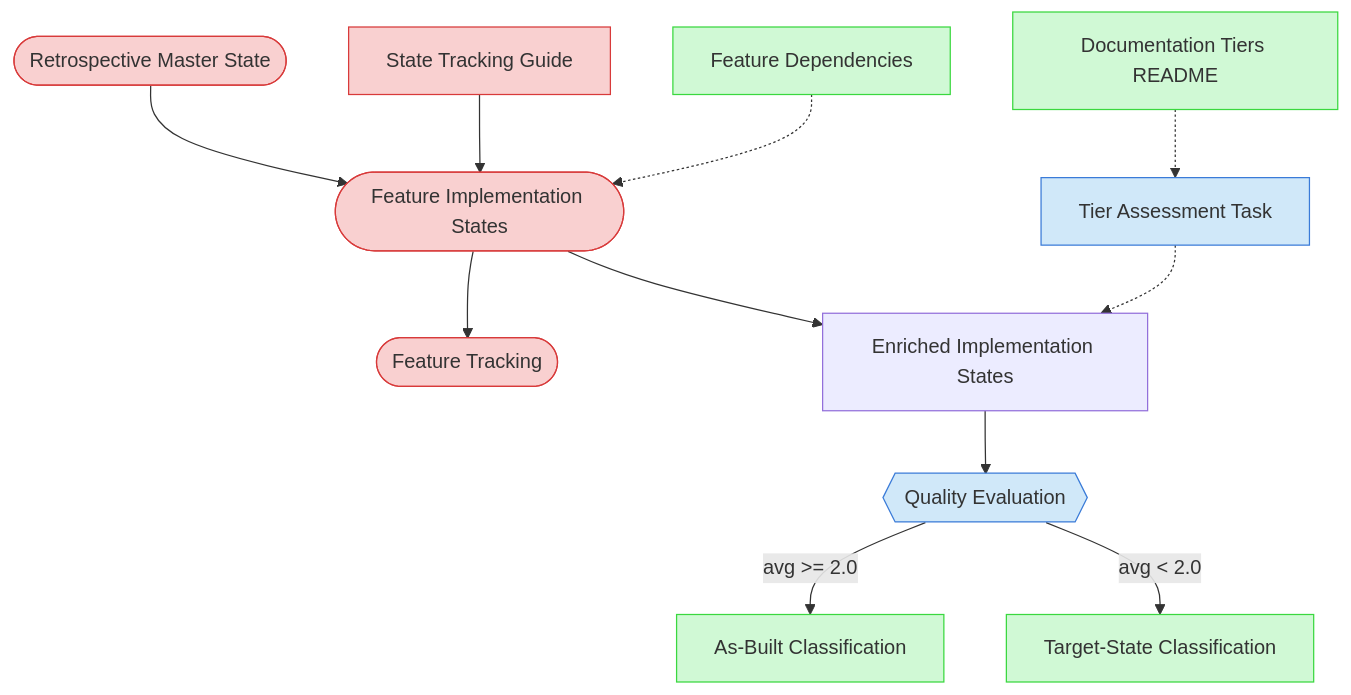
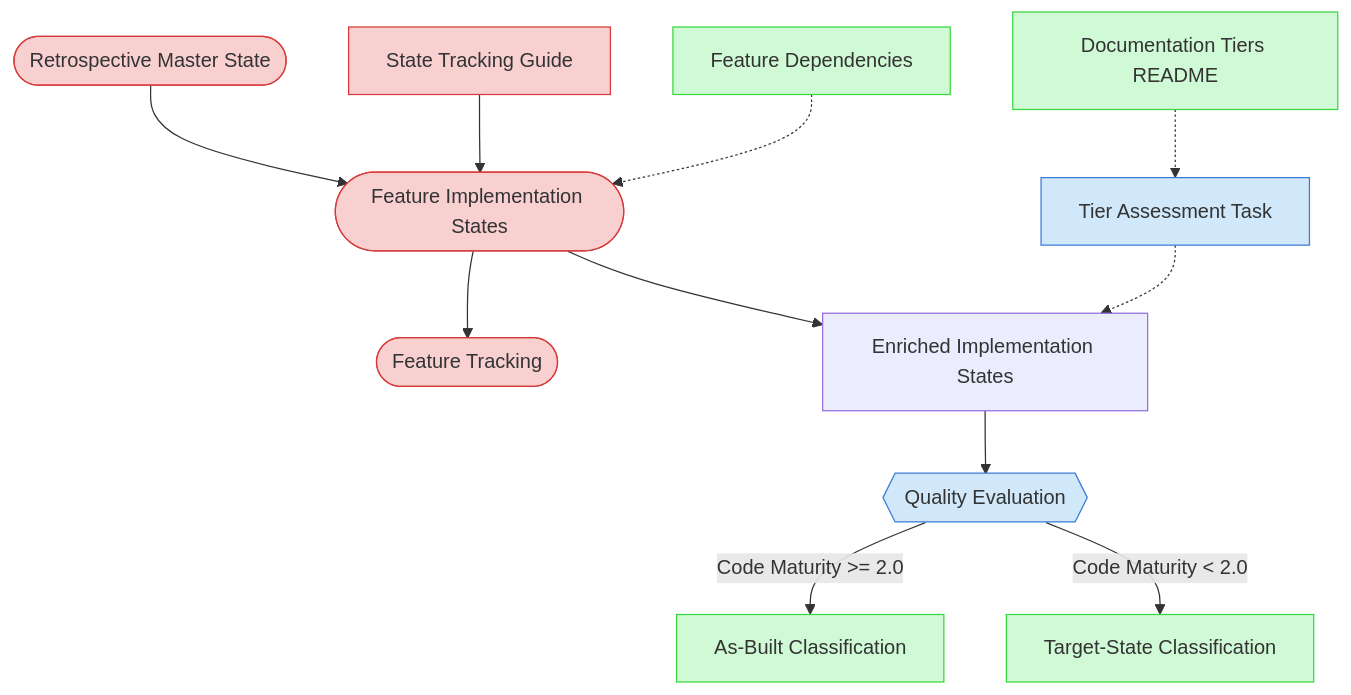
Before and after one commit to Abtomation/LinkWatcher: the diagram in process-framework/visualization/context-maps/00-setup/codebase-feature-analysis-map.md, drawn with Mermaid. The commit also changed other lines of this file and 1774 other files, not shown here.

````diff
--- a/process-framework/visualization/context-maps/00-setup/codebase-feature-analysis-map.md
+++ b/process-framework/visualization/context-maps/00-setup/codebase-feature-analysis-map.md
@@ -18,21 +19,21 @@
 ```mermaid
 graph TD
     classDef critical fill:#f9d0d0,stroke:#d83a3a
     classDef important fill:#d0e8f9,stroke:#3a7bd8
     classDef reference fill:#d0f9d5,stroke:#3ad83f
 
     MasterState([Retrospective Master State]) --> FeatureStates([Feature Implementation States])
     FeatureStates --> FeatureTracking([Feature Tracking])
     StateGuide[State Tracking Guide] --> FeatureStates
     FeatureStates --> EnrichedStates[Enriched Implementation States]
     EnrichedStates --> QualityEval{{Quality Evaluation}}
-    QualityEval --> |"avg >= 2.0"| AsBuilt[As-Built Classification]
-    QualityEval --> |"avg < 2.0"| TargetState[Target-State Classification]
+    QualityEval --> |"Code Maturity >= 2.0"| AsBuilt[As-Built Classification]
+    QualityEval --> |"Code Maturity < 2.0"| TargetState[Target-State Classification]
     TierTask[Tier Assessment Task] -.-> EnrichedStates
     DocTiers[Documentation Tiers README] -.-> TierTask
     FeatureDeps[Feature Dependencies] -.-> FeatureStates
 
     class MasterState,FeatureStates,FeatureTracking,StateGuide critical
     class TierTask,QualityEval important
     class DocTiers,FeatureDeps,AsBuilt,TargetState reference
 ```
````
